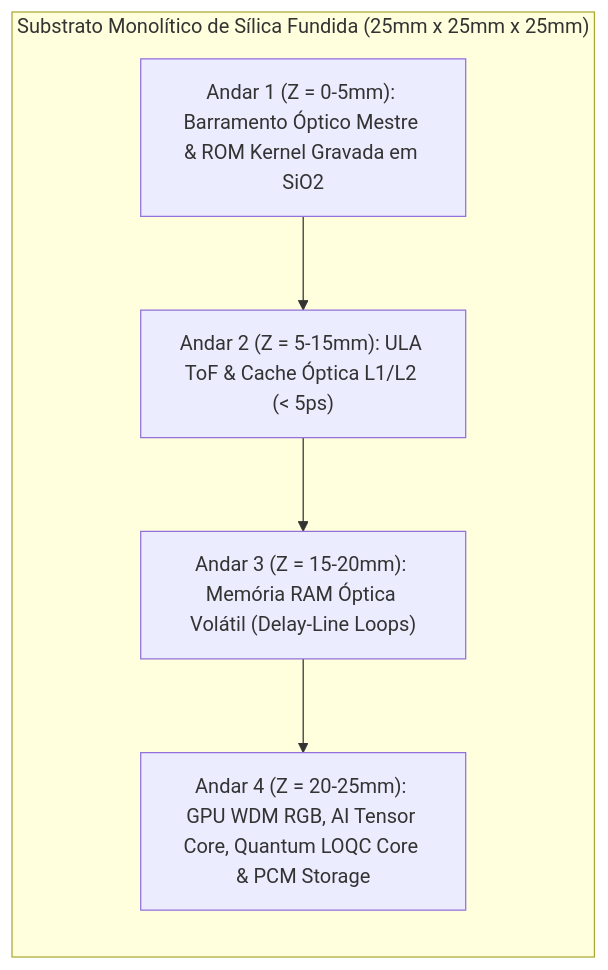
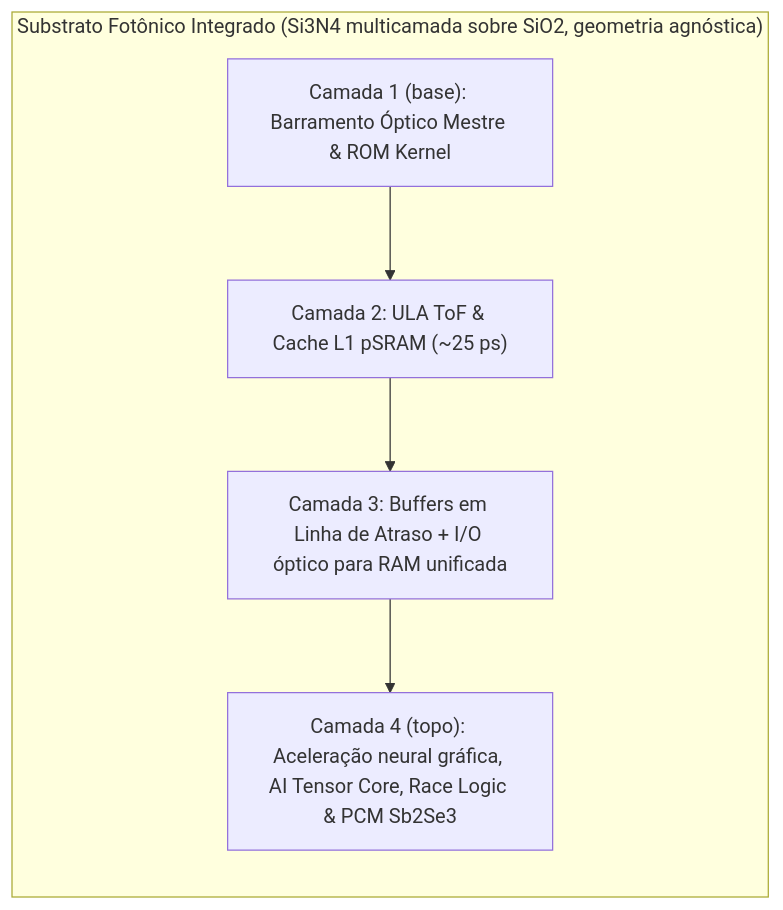
One commit to Roliveira96/SilicaCore changed the diagram in docs/architecture/03-unidades-funcionais-alu-gpu-ia.md. Above: the diagram before and after it, drawn with Mermaid. The commit also changed other lines of this file and 10 other files, not shown here.

First line of the commit message:
docs(architecture): alinhar docs 01-10 a simulacao e adotar substrato de geometria agnostica

````diff
--- a/docs/architecture/03-unidades-funcionais-alu-gpu-ia.md
+++ b/docs/architecture/03-unidades-funcionais-alu-gpu-ia.md
@@ -7,14 +9,14 @@
 ```mermaid
 flowchart TD
-    subgraph CuboSilica["Substrato Monolítico de Sílica Fundida (25mm x 25mm x 25mm)"]
+    subgraph SubstratoFotonico["Substrato Fotônico Integrado (Si3N4 multicamada sobre SiO2, geometria agnóstica)"]
         direction TB
-        Andar4["Andar 4 (Z = 20-25mm): GPU WDM RGB, AI Tensor Core, Quantum LOQC Core & PCM Storage"]
-        Andar3["Andar 3 (Z = 15-20mm): Memória RAM Óptica Volátil (Delay-Line Loops)"]
-        Andar2["Andar 2 (Z = 5-15mm): ULA ToF & Cache Óptica L1/L2 (< 5ps)"]
-        Andar1["Andar 1 (Z = 0-5mm): Barramento Óptico Mestre & ROM Kernel Gravada em SiO2"]
+        Camada4["Camada 4 (topo): Aceleração neural gráfica, AI Tensor Core, Race Logic & PCM Sb2Se3"]
+        Camada3["Camada 3: Buffers em Linha de Atraso + I/O óptico para RAM unificada"]
+        Camada2["Camada 2: ULA ToF & Cache L1 pSRAM (~25 ps)"]
+        Camada1["Camada 1 (base): Barramento Óptico Mestre & ROM Kernel"]
 
-        Andar1 --> Andar2
-        Andar2 --> Andar3
-        Andar3 --> Andar4
+        Camada1 --> Camada2
+        Camada2 --> Camada3
+        Camada3 --> Camada4
     end
 ```
````
